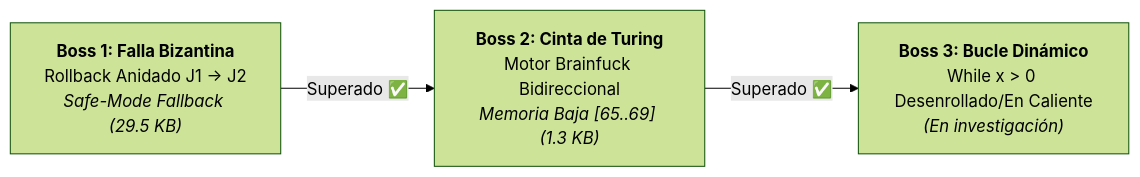
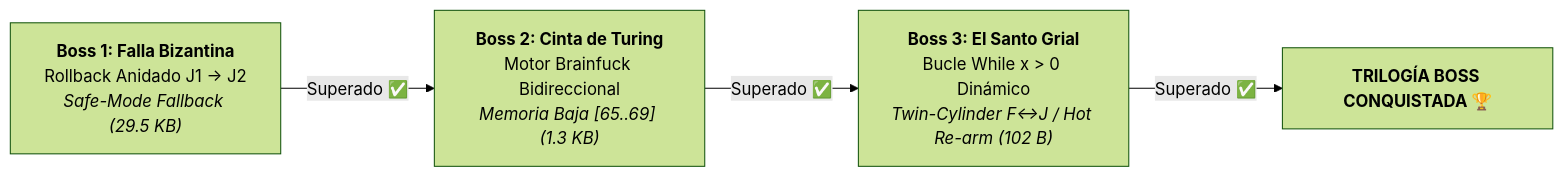
One commit to DannyBaanks/Malbolge-PureEpoch changed the third of 3 diagrams in README.md. Above: the diagram before and after it, drawn with Mermaid (forest theme). The commit also changed other lines of this file and 5 other files, not shown here.

First line of the commit message:
feat(boss3): conquer dynamic while loop with hot rearm and twin-cylinder regeneration

````diff
--- a/README.md
+++ b/README.md
@@ -203,9 +203,10 @@
 ```mermaid
 flowchart LR
   B1["<b>Boss 1: Falla Bizantina</b><br/>Rollback Anidado J1 → J2<br/><i>Safe-Mode Fallback (29.5 KB)</i>"]
   B2["<b>Boss 2: Cinta de Turing</b><br/>Motor Brainfuck Bidireccional<br/><i>Memoria Baja [65..69] (1.3 KB)</i>"]
-  B3["<b>Boss 3: Bucle Dinámico</b><br/>While x > 0 Desenrollado/En Caliente<br/><i>(En investigación)</i>"]
+  B3["<b>Boss 3: El Santo Grial</b><br/>Bucle While x > 0 Dinámico<br/><i>Twin-Cylinder F↔J / Hot Re-arm (102 B)</i>"]
 
   B1 -->|Superado ✅| B2
   B2 -->|Superado ✅| B3
+  B3 -->|Superado ✅| TRIUNFO["<b>TRILOGÍA BOSS CONQUISTADA 🏆</b>"]
 ```
````
